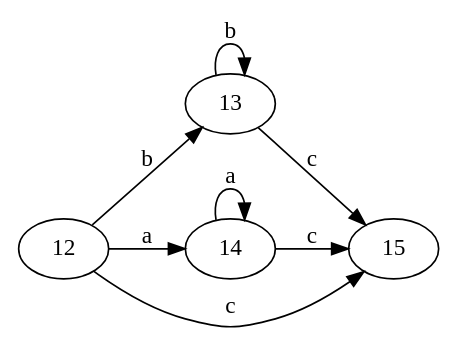
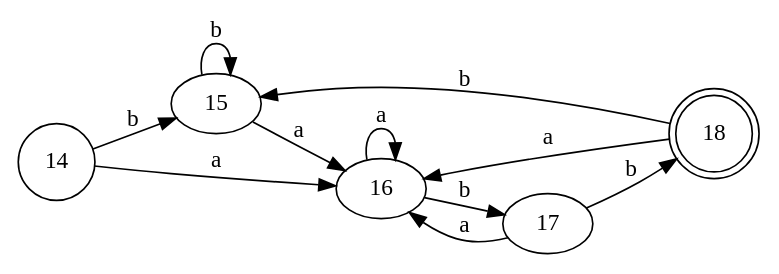
One commit to bryannalfaro/Dise-odeLenguajes changed the diagram in test-output/automata1.gv. Above: the diagram before and after it, drawn with Graphviz. The commit also changed 3 other files, not shown here.

```diff
--- a/test-output/automata1.gv
+++ b/test-output/automata1.gv
@@ -1,10 +1,15 @@
 digraph automata1 {
 	rankdir=LR
-	12 -> 13 [label=b]
-	12 -> 14 [label=a]
-	12 -> 15 [label=c]
-	13 -> 13 [label=b]
-	13 -> 15 [label=c]
-	14 -> 14 [label=a]
-	14 -> 15 [label=c]
+	14 [label=14 shape=circle]
+	18 [label=18 shape=doublecircle]
+	14 -> 15 [label=b]
+	14 -> 16 [label=a]
+	15 -> 15 [label=b]
+	15 -> 16 [label=a]
+	16 -> 17 [label=b]
+	16 -> 16 [label=a]
+	17 -> 18 [label=b]
+	17 -> 16 [label=a]
+	18 -> 15 [label=b]
+	18 -> 16 [label=a]
 }
```
